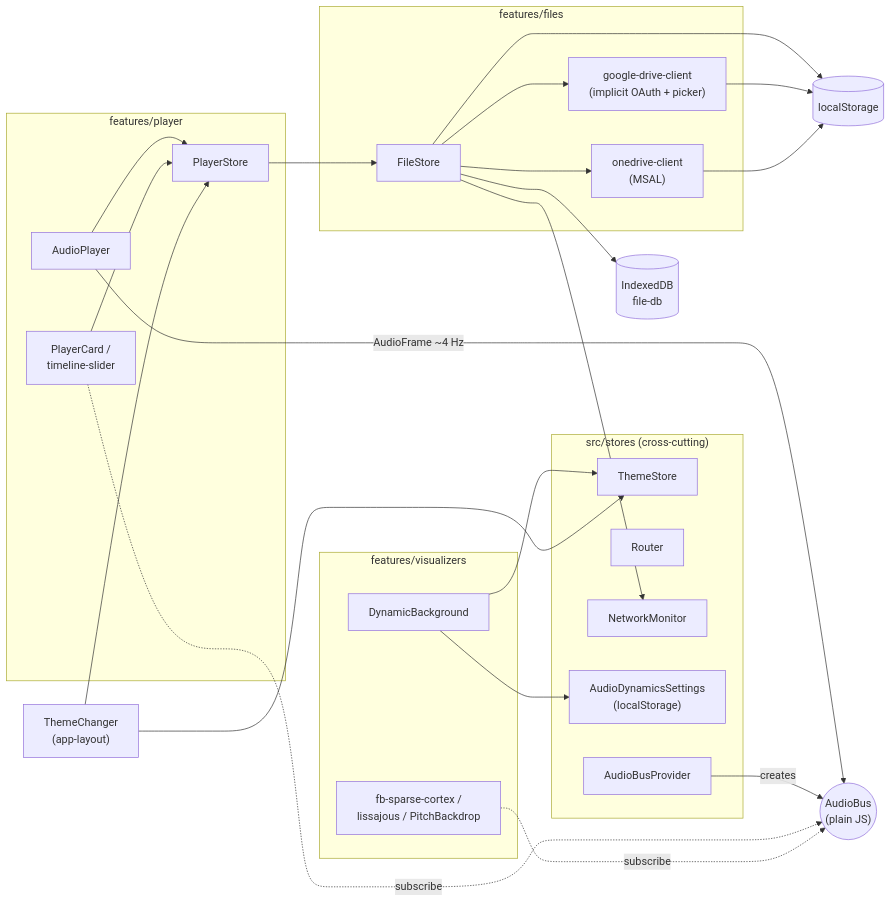
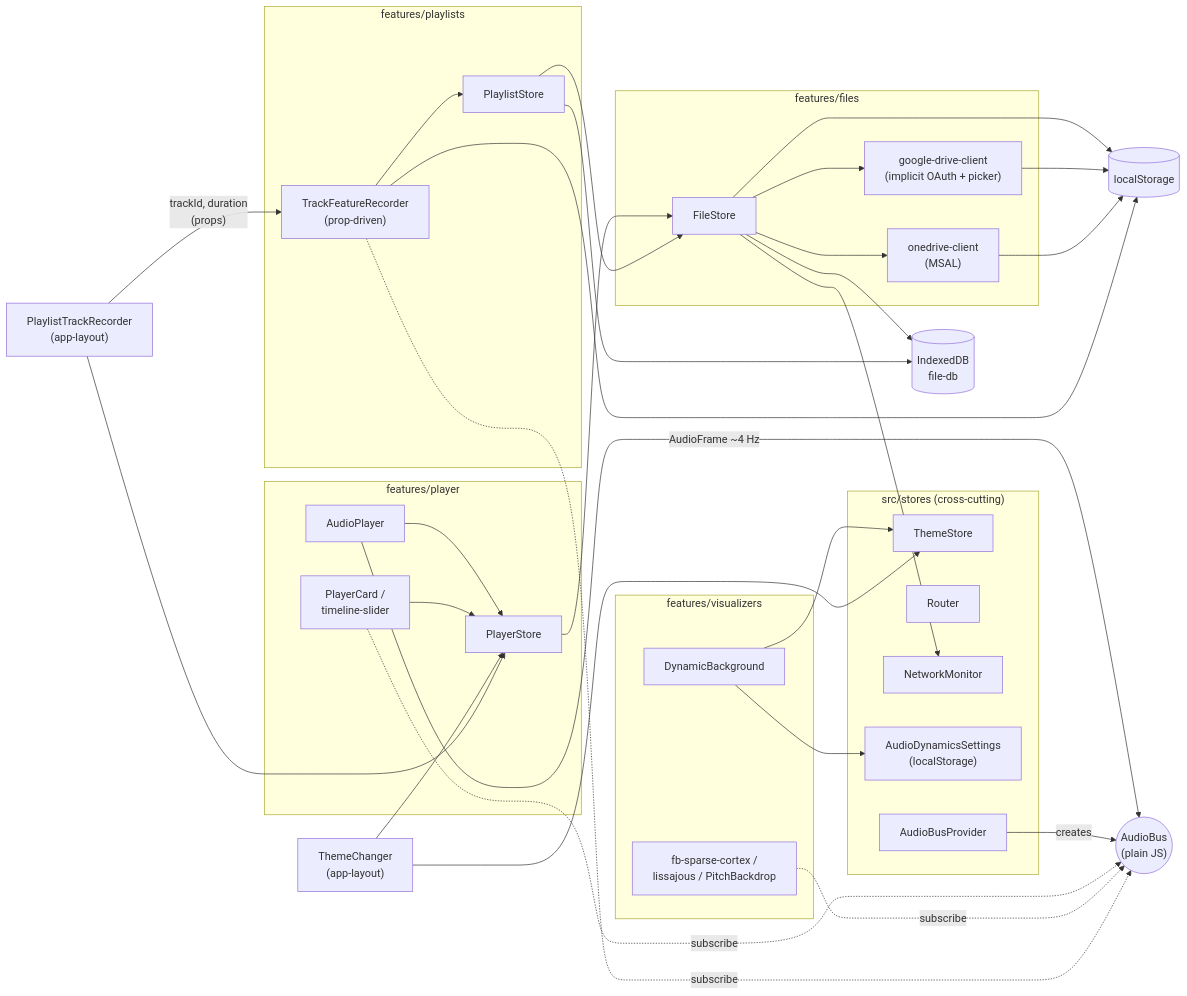
Before and after one commit to ContentsViewer/cloud-music-box: the first of 5 diagrams in docs/architecture.md, drawn with Mermaid. The commit also changed other lines of this file and 22 other files, not shown here.

````diff
--- a/docs/architecture.md
+++ b/docs/architecture.md
@@ -155,54 +177,68 @@
 ```mermaid
 graph LR
   subgraph shared["src/stores (cross-cutting)"]
     Theme["ThemeStore"]
     Router["Router"]
     Net["NetworkMonitor"]
     ADS["AudioDynamicsSettings<br/>(localStorage)"]
     BusP["AudioBusProvider"]
   end
 
   subgraph files["features/files"]
     FS["FileStore"]
     GDC["google-drive-client<br/>(implicit OAuth + picker)"]
     ODC["onedrive-client<br/>(MSAL)"]
   end
 
   subgraph player["features/player"]
     PS["PlayerStore"]
     AP["AudioPlayer"]
     PC["PlayerCard /<br/>timeline-slider"]
   end
 
   subgraph viz["features/visualizers"]
     DBg["DynamicBackground"]
     VZ["fb-sparse-cortex /<br/>lissajous / PitchBackdrop"]
   end
 
+  subgraph pl["features/playlists"]
+    PLS["PlaylistStore"]
+    TFR["TrackFeatureRecorder<br/>(prop-driven)"]
+  end
+
   Bus(("AudioBus<br/>(plain JS)"))
   IDB[("IndexedDB<br/>file-db")]
   LS[("localStorage")]
   TC["ThemeChanger<br/>(app-layout)"]
+  PTR["PlaylistTrackRecorder<br/>(app-layout)"]
 
   FS --> Net
   FS --> IDB
   FS --> LS
   FS --> GDC
   FS --> ODC
   GDC --> LS
   ODC --> LS
 
   PS --> FS
   AP --> PS
   AP -- "AudioFrame ~4 Hz" --> Bus
   BusP -- "creates" --> Bus
   PC --> PS
   PC -. "subscribe" .-> Bus
 
   DBg --> Theme
   DBg --> ADS
   VZ -. "subscribe" .-> Bus
 
   TC --> PS
   TC --> Theme
+
+  PLS --> FS
+  PLS --> IDB
+  TFR --> PLS
+  TFR -. "subscribe" .-> Bus
+  TFR --> LS
+  PTR --> PS
+  PTR -- "trackId, duration<br/>(props)" --> TFR
 ```
````
